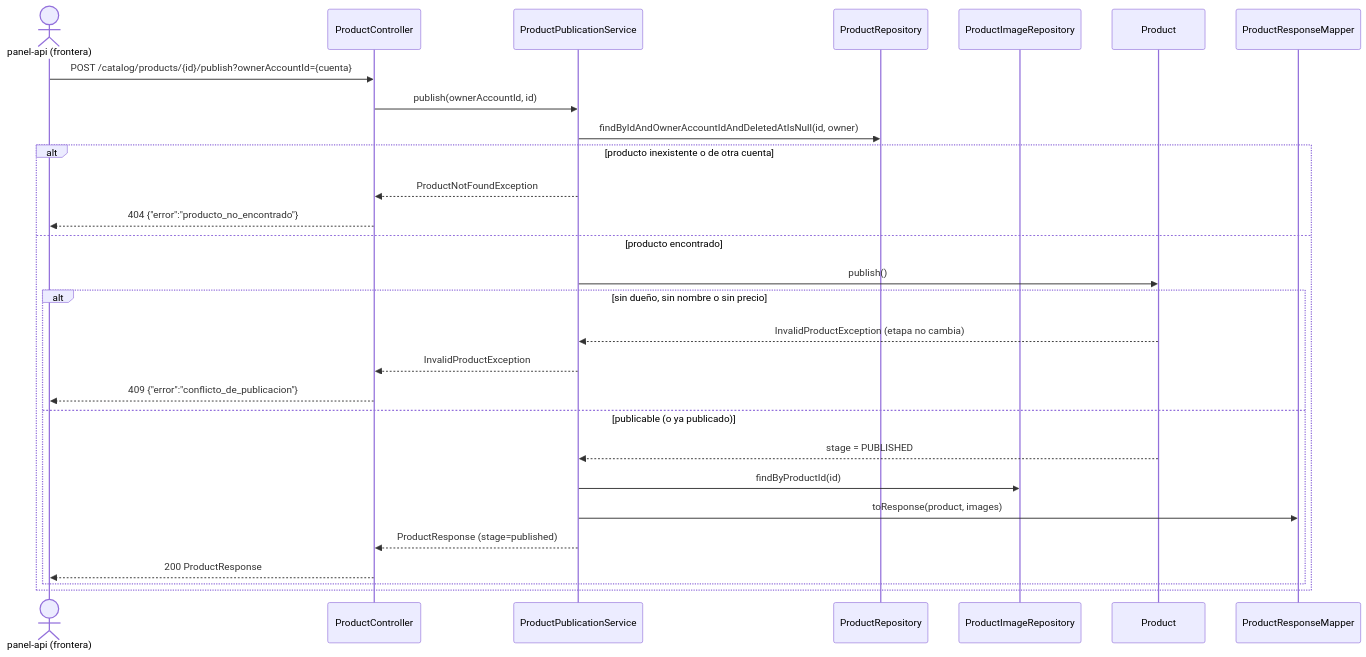
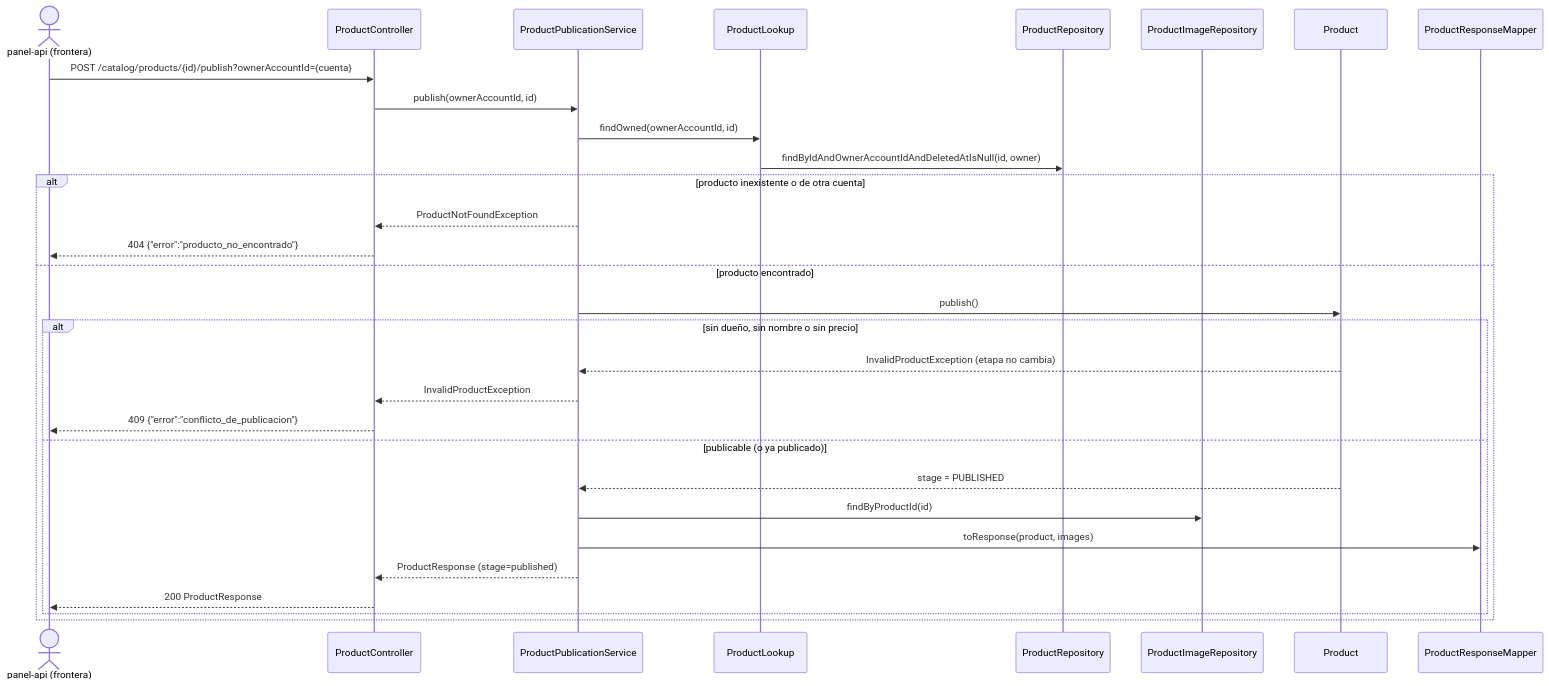
One commit to Dariosoft/fes-catalog-api changed the fourth of 6 diagrams in specs/001-published-products-images/uml.md. Above: the diagram before and after it, drawn with Mermaid. The commit also changed other lines of this file and 17 other files, not shown here.

````diff
--- a/specs/001-published-products-images/uml.md
+++ b/specs/001-published-products-images/uml.md
@@ -355,31 +401,33 @@
 ```mermaid
 sequenceDiagram
   actor Panel as panel-api (frontera)
   participant Ctrl as ProductController
   participant Pub as ProductPublicationService
+  participant Lookup as ProductLookup
   participant Repo as ProductRepository
   participant ImgRepo as ProductImageRepository
   participant Product as Product
   participant Mapper as ProductResponseMapper
 
   Panel->>Ctrl: POST /catalog/products/{id}/publish?ownerAccountId={cuenta}
   Ctrl->>Pub: publish(ownerAccountId, id)
-  Pub->>Repo: findByIdAndOwnerAccountIdAndDeletedAtIsNull(id, owner)
+  Pub->>Lookup: findOwned(ownerAccountId, id)
+  Lookup->>Repo: findByIdAndOwnerAccountIdAndDeletedAtIsNull(id, owner)
   alt producto inexistente o de otra cuenta
     Pub-->>Ctrl: ProductNotFoundException
     Ctrl-->>Panel: 404 {"error":"producto_no_encontrado"}
   else producto encontrado
     Pub->>Product: publish()
     alt sin dueño, sin nombre o sin precio
       Product-->>Pub: InvalidProductException (etapa no cambia)
       Pub-->>Ctrl: InvalidProductException
       Ctrl-->>Panel: 409 {"error":"conflicto_de_publicacion"}
     else publicable (o ya publicado)
       Product-->>Pub: stage = PUBLISHED
       Pub->>ImgRepo: findByProductId(id)
       Pub->>Mapper: toResponse(product, images)
       Pub-->>Ctrl: ProductResponse (stage=published)
       Ctrl-->>Panel: 200 ProductResponse
     end
   end
 ```
````
